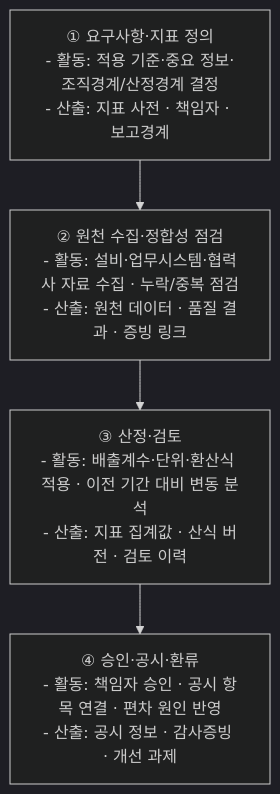
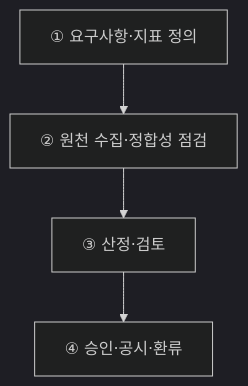
The second of 4 diagrams in src/content/docs/notes/itpe/01-it-strategy/011_esg.md (agnusdei1207/study), drawn with Mermaid (dark theme) before and after one commit. The commit also changed other lines of this file and 19 other files, not shown here.

````diff
--- a/src/content/docs/notes/itpe/01-it-strategy/011_esg.md
+++ b/src/content/docs/notes/itpe/01-it-strategy/011_esg.md
@@ -82,6 +82,6 @@
 ```mermaid
 flowchart TD
-    S1["① 요구사항·지표 정의<br/>- 활동: 적용 기준·중요 정보·조직경계/산정경계 결정<br/>- 산출: 지표 사전 · 책임자 · 보고경계"] --> S2["② 원천 수집·정합성 점검<br/>- 활동: 설비·업무시스템·협력사 자료 수집 · 누락/중복 점검<br/>- 산출: 원천 데이터 · 품질 결과 · 증빙 링크"]
-    S2 --> S3["③ 산정·검토<br/>- 활동: 배출계수·단위·환산식 적용 · 이전 기간 대비 변동 분석<br/>- 산출: 지표 집계값 · 산식 버전 · 검토 이력"]
-    S3 --> S4["④ 승인·공시·환류<br/>- 활동: 책임자 승인 · 공시 항목 연결 · 편차 원인 반영<br/>- 산출: 공시 정보 · 감사증빙 · 개선 과제"]
+    S1["① 요구사항·지표 정의"] --> S2["② 원천 수집·정합성 점검"]
+    S2 --> S3["③ 산정·검토"]
+    S3 --> S4["④ 승인·공시·환류"]
 ```
````
